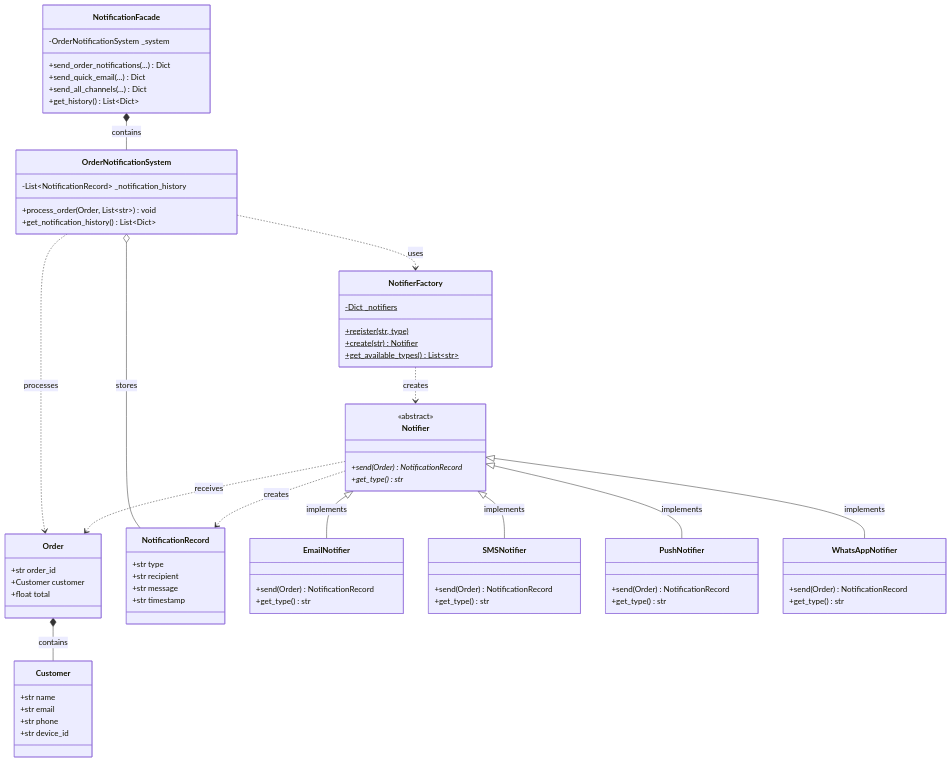
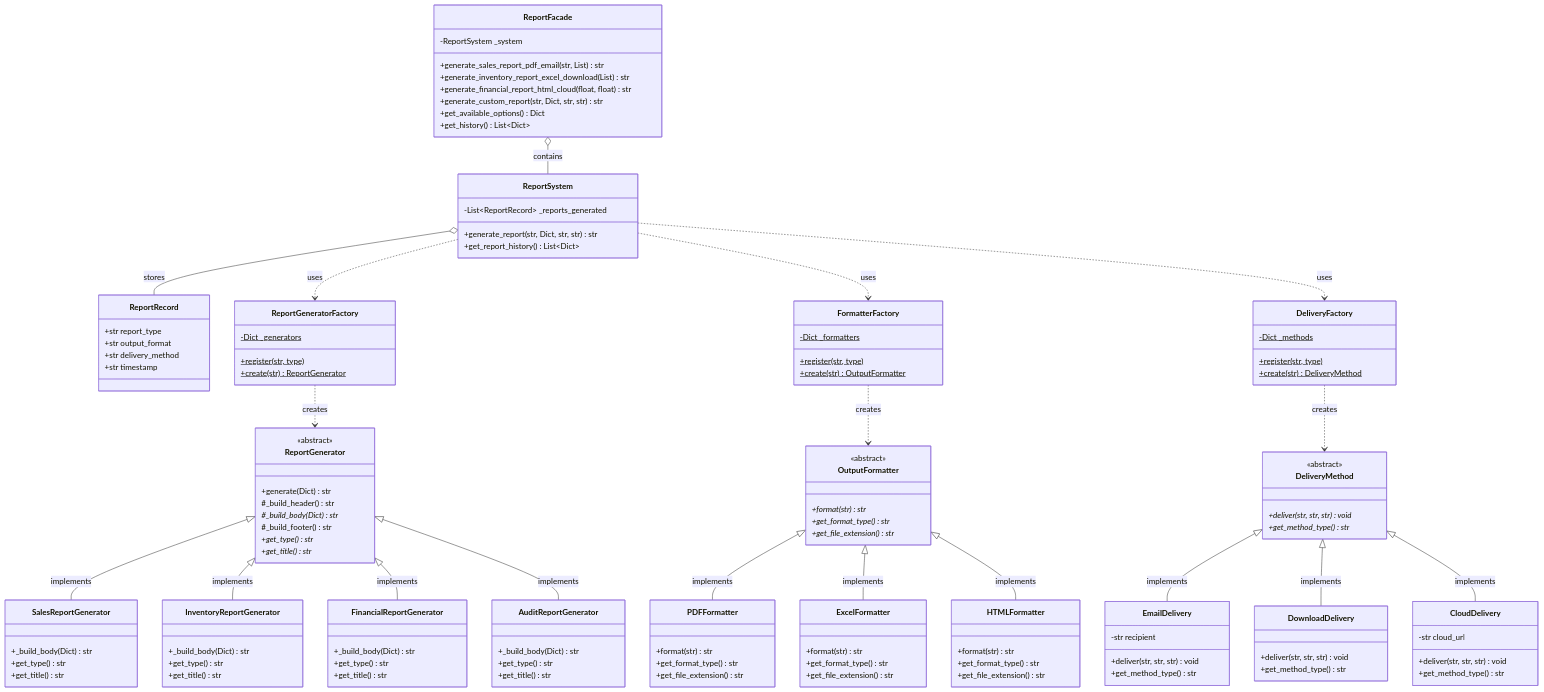
Before and after one commit to CarlosCervantes-pi/ExamenDisenoSoftware_2: the diagram in parcial2_diseño/diagrama_c3_ejercicio2.md, drawn with Mermaid.

````diff
--- a/parcial2_diseño/diagrama_c3_ejercicio2.md
+++ b/parcial2_diseño/diagrama_c3_ejercicio2.md
@@ -2,93 +2,163 @@
 classDiagram
     direction TB
     
-    %% ==================== ENTIDADES ====================
-    class Customer {
-        +str name
-        +str email
-        +str phone
-        +str device_id
-    }
-    
-    class Order {
-        +str order_id
-        +Customer customer
-        +float total
-    }
-    
-    class NotificationRecord {
-        +str type
-        +str recipient
-        +str message
+    %% ==================== ENTIDAD ====================
+    class ReportRecord {
+        +str report_type
+        +str output_format
+        +str delivery_method
         +str timestamp
     }
     
-    %% ==================== STRATEGY PATTERN ====================
-    class Notifier {
+    %% ==================== TEMPLATE METHOD + STRATEGY: Generadores ====================
+    class ReportGenerator {
         <<abstract>>
-        +send(Order) NotificationRecord*
+        +generate(Dict) str
+        #_build_header() str
+        #_build_body(Dict) str*
+        #_build_footer() str
         +get_type() str*
+        +get_title() str*
     }
     
-    class EmailNotifier {
-        +send(Order) NotificationRecord
+    class SalesReportGenerator {
+        +_build_body(Dict) str
         +get_type() str
+        +get_title() str
     }
     
-    class SMSNotifier {
-        +send(Order) NotificationRecord
+    class InventoryReportGenerator {
+        +_build_body(Dict) str
         +get_type() str
+        +get_title() str
     }
     
-    class PushNotifier {
-        +send(Order) NotificationRecord
+    class FinancialReportGenerator {
+        +_build_body(Dict) str
         +get_type() str
+        +get_title() str
     }
     
-    class WhatsAppNotifier {
-        +send(Order) NotificationRecord
+    class AuditReportGenerator {
+        +_build_body(Dict) str
         +get_type() str
+        +get_title() str
+    }
+    
+    %% ==================== STRATEGY: Formateadores ====================
+    class OutputFormatter {
+        <<abstract>>
+        +format(str) str*
+        +get_format_type() str*
+        +get_file_extension() str*
+    }
+    
+    class PDFFormatter {
+        +format(str) str
+        +get_format_type() str
+        +get_file_extension() str
+    }
+    
+    class ExcelFormatter {
+        +format(str) str
+        +get_format_type() str
+        +get_file_extension() str
+    }
+    
+    class HTMLFormatter {
+        +format(str) str
+        +get_format_type() str
+        +get_file_extension() str
+    }
+    
+    %% ==================== STRATEGY: Métodos de Entrega ====================
+    class DeliveryMethod {
+        <<abstract>>
+        +deliver(str, str, str) void*
+        +get_method_type() str*
+    }
+    
+    class EmailDelivery {
+        -str recipient
+        +deliver(str, str, str) void
+        +get_method_type() str
+    }
+    
+    class DownloadDelivery {
+        +deliver(str, str, str) void
+        +get_method_type() str
+    }
+    
+    class CloudDelivery {
+        -str cloud_url
+        +deliver(str, str, str) void
+        +get_method_type() str
     }
     
     %% ==================== FACTORY PATTERN ====================
-    class NotifierFactory {
-        -Dict _notifiers$
+    class ReportGeneratorFactory {
+        -Dict _generators$
         +register(str, type)$
-        +create(str) Notifier$
-        +get_available_types() List~str~$
+        +create(str) ReportGenerator$
+    }
+    
+    class FormatterFactory {
+        -Dict _formatters$
+        +register(str, type)$
+        +create(str) OutputFormatter$
+    }
+    
+    class DeliveryFactory {
+        -Dict _methods$
+        +register(str, type)$
+        +create(str) DeliveryMethod$
     }
     
     %% ==================== CORE SYSTEM ====================
-    class OrderNotificationSystem {
-        -List~NotificationRecord~ _notification_history
-        +process_order(Order, List~str~) void
-        +get_notification_history() List~Dict~
+    class ReportSystem {
+        -List~ReportRecord~ _reports_generated
+        +generate_report(str, Dict, str, str) str
+        +get_report_history() List~Dict~
     }
     
     %% ==================== FACADE PATTERN ====================
-    class NotificationFacade {
-        -OrderNotificationSystem _system
-        +send_order_notifications(...) Dict
-        +send_quick_email(...) Dict
-        +send_all_channels(...) Dict
+    class ReportFacade {
+        -ReportSystem _system
+        +generate_sales_report_pdf_email(str, List) str
+        +generate_inventory_report_excel_download(List) str
+        +generate_financial_report_html_cloud(float, float) str
+        +generate_custom_report(str, Dict, str, str) str
+        +get_available_options() Dict
         +get_history() List~Dict~
     }
     
-    %% ==================== RELACIONES ====================
-    Notifier <|-- EmailNotifier : implements
-    Notifier <|-- SMSNotifier : implements
-    Notifier <|-- PushNotifier : implements
-    Notifier <|-- WhatsAppNotifier : implements
+    %% ==================== RELACIONES: Generadores ====================
+    ReportGenerator <|-- SalesReportGenerator : implements
+    ReportGenerator <|-- InventoryReportGenerator : implements
+    ReportGenerator <|-- FinancialReportGenerator : implements
+    ReportGenerator <|-- AuditReportGenerator : implements
     
-    NotifierFactory ..> Notifier : creates
+    %% ==================== RELACIONES: Formateadores ====================
+    OutputFormatter <|-- PDFFormatter : implements
+    OutputFormatter <|-- ExcelFormatter : implements
+    OutputFormatter <|-- HTMLFormatter : implements
     
-    OrderNotificationSystem ..> NotifierFactory : uses
-    OrderNotificationSystem o-- NotificationRecord : stores
-    OrderNotificationSystem ..> Order : processes
+    %% ==================== RELACIONES: Delivery ====================
+    DeliveryMethod <|-- EmailDelivery : implements
+    DeliveryMethod <|-- DownloadDelivery : implements
+    DeliveryMethod <|-- CloudDelivery : implements
     
-    NotificationFacade *-- OrderNotificationSystem : contains
+    %% ==================== RELACIONES: Factories ====================
+    ReportGeneratorFactory ..> ReportGenerator : creates
+    FormatterFactory ..> OutputFormatter : creates
+    DeliveryFactory ..> DeliveryMethod : creates
     
-    Order *-- Customer : contains
-    Notifier ..> Order : receives
-    Notifier ..> NotificationRecord : creates
+    %% ==================== RELACIONES: Core ====================
+    ReportSystem ..> ReportGeneratorFactory : uses
+    ReportSystem ..> FormatterFactory : uses
+    ReportSystem ..> DeliveryFactory : uses
+    ReportSystem o-- ReportRecord : stores
+    
+    %% ==================== RELACIONES: Facade ====================
+    ReportFacade o-- ReportSystem : contains
 ```
````
